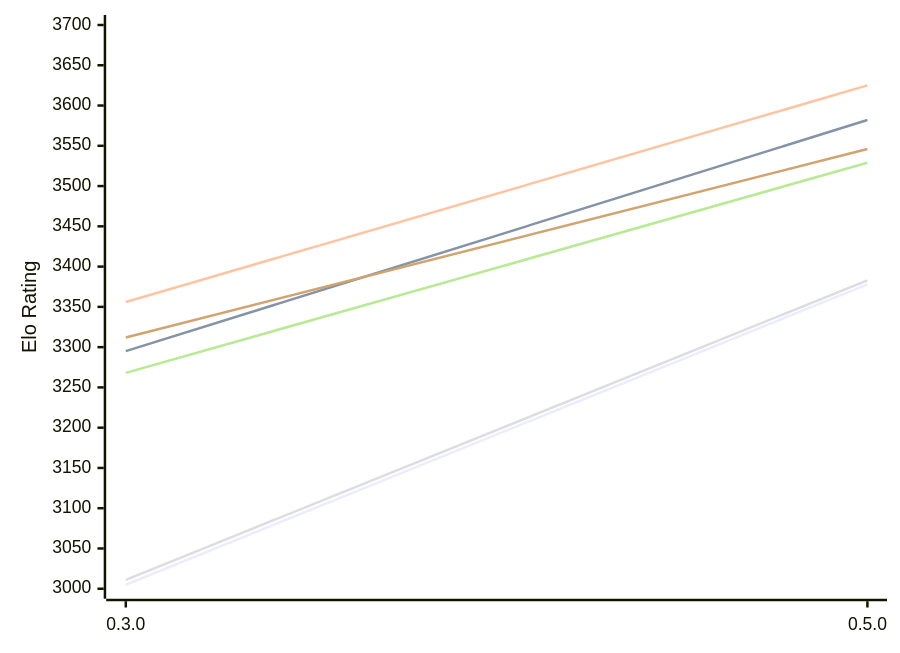
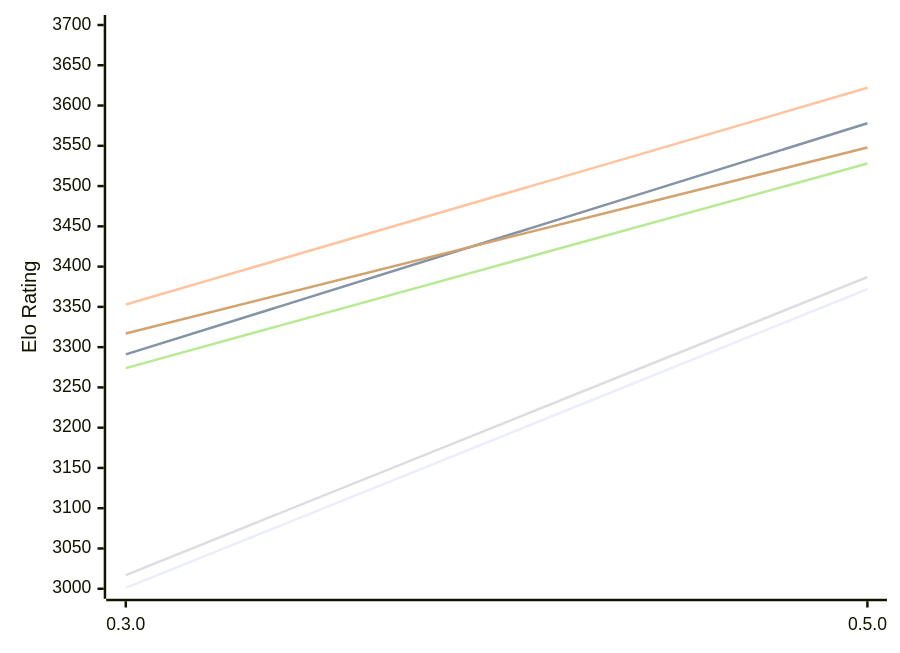
Before and after one commit to computer-chess-index/cci: the first of 2 diagrams in engines/Justbot.md, drawn with Mermaid. The commit also changed other lines of this file, not shown here.

Commit message:
Update CCI Ratings (ELO VLTC) - 2026-11-21

````diff
--- a/engines/Justbot.md
+++ b/engines/Justbot.md
@@ -53,12 +53,12 @@
 ```mermaid
 %%{init: {"theme":"base","themeVariables":{"seriesColors:['#a3a3a3','#222221','#faa371']}}}%%
 xychart-beta
   x-axis ["0.3.0", "0.5.0"]
   y-axis "Elo Rating" 3000 --> 3700
-  line "E1: STC (8.0+0.08s)" [3005, 3378]
-  line "E1: LTC (60.0+0.60s)" [3295, 3582]
-  line "E1: VLTC (2m24s+1.12s)" [3356, 3625]
-  line "P1: STC (8.0+0.08s)" [3011, 3383]
-  line "P1: LTC (60.0+0.60s)" [3268, 3529]
-  line "P1: VLTC (2m24s+1.12s)" [3312, 3546]
+  line "E1: STC (8.0+0.08s)" [3001, 3372]
+  line "E1: LTC (60.0+0.60s)" [3291, 3578]
+  line "E1: VLTC (2m24s+1.12s)" [3353, 3622]
+  line "P1: STC (8.0+0.08s)" [3017, 3387]
+  line "P1: LTC (60.0+0.60s)" [3274, 3528]
+  line "P1: VLTC (2m24s+1.12s)" [3317, 3548]
 ```
````
